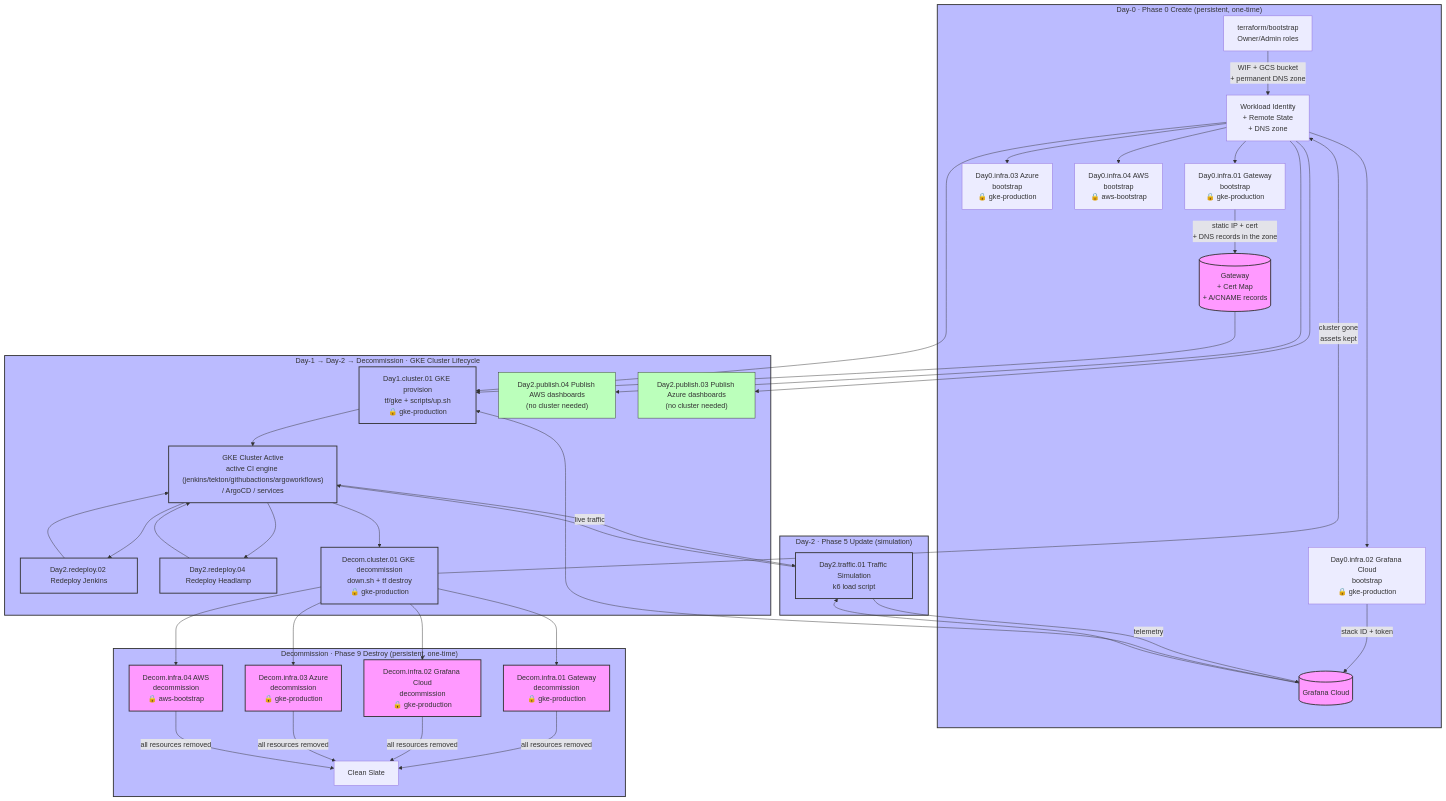
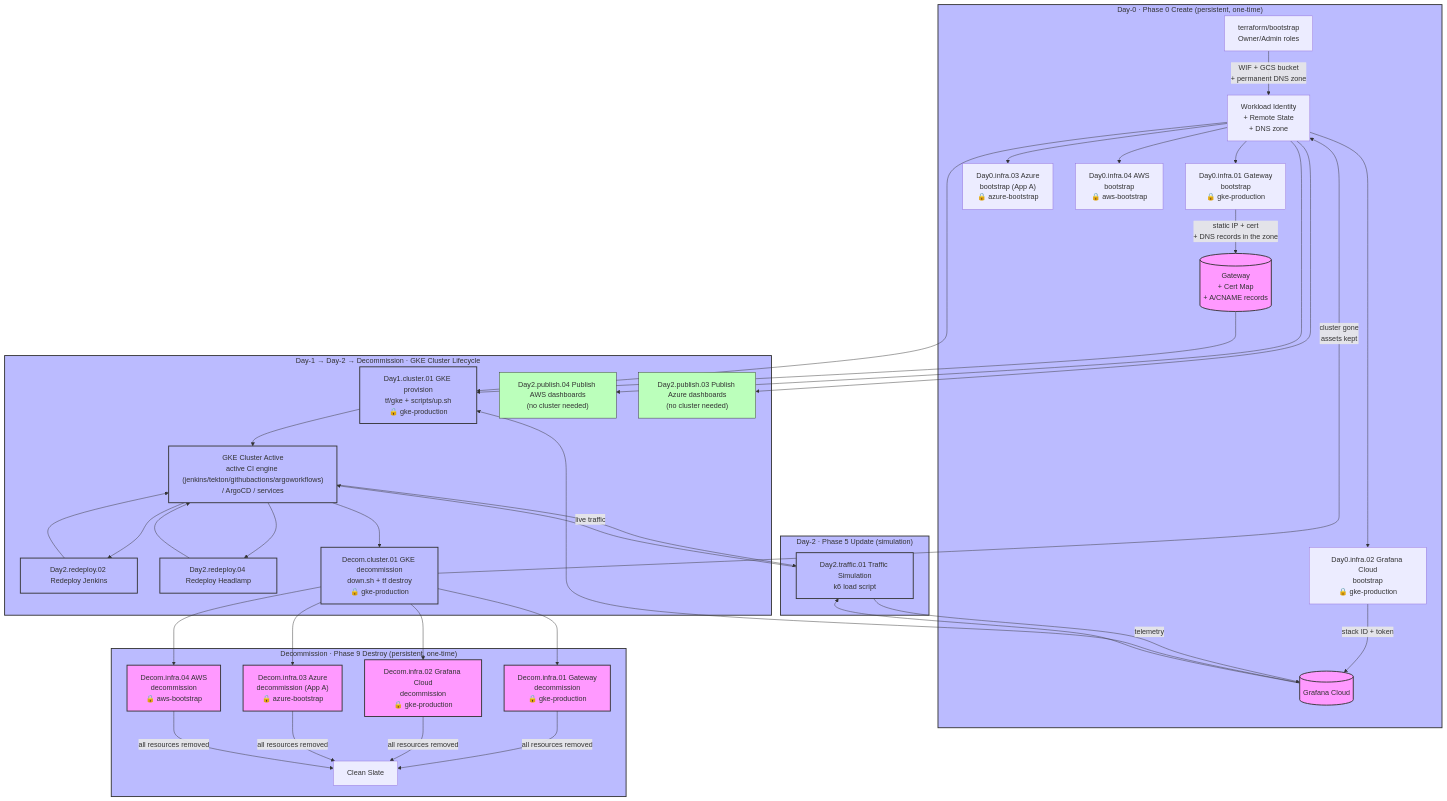
The third of 4 diagrams in docs/102-GITHUB_ACTIONS_AUTOMATION.md (nubenetes/jenkins-2026), drawn with Mermaid before and after one commit. The commit also changed other lines of this file and 11 other files, not shown here.

First line of the commit message:
feat(azure): split the Azure OIDC identity into bootstrap + publish apps (#576)

````diff
--- a/docs/102-GITHUB_ACTIONS_AUTOMATION.md
+++ b/docs/102-GITHUB_ACTIONS_AUTOMATION.md
@@ -128,45 +129,45 @@
 ```mermaid
 graph TD
     subgraph Bootstrapping ["Day-0 · Phase 0 Create (persistent, one-time)"]
         A["terraform/bootstrap<br>Owner/Admin roles"] -->|"WIF + GCS bucket<br>+ permanent DNS zone"| B["Workload Identity<br>+ Remote State<br>+ DNS zone"]
         B --> C["Day0.infra.01 Gateway<br>bootstrap<br>🔒 gke-production"]
         B --> D["Day0.infra.02 Grafana Cloud<br>bootstrap<br>🔒 gke-production"]
-        B --> C2["Day0.infra.03 Azure<br>bootstrap<br>🔒 gke-production"]
+        B --> C2["Day0.infra.03 Azure<br>bootstrap (App A)<br>🔒 azure-bootstrap"]
         B --> C3["Day0.infra.04 AWS<br>bootstrap<br>🔒 aws-bootstrap"]
         C -->|"static IP + cert<br>+ DNS records in the zone"| F[("Gateway<br>+ Cert Map<br>+ A/CNAME records")]
         D -->|"stack ID + token"| E[("Grafana Cloud")]
     end
 
     subgraph GKE_Lifecycle ["Day-1 → Day-2 → Decommission · GKE Cluster Lifecycle"]
         F & E & B --> G["Day1.cluster.01 GKE provision<br>tf/gke + scripts/up.sh<br>🔒 gke-production"]
         G --> H["GKE Cluster Active<br>active CI engine (jenkins/tekton/githubactions/argoworkflows)<br>/ ArgoCD / services"]
         H --> I["Day2.redeploy.02 Redeploy Jenkins"]
         H --> J["Day2.redeploy.04 Redeploy Headlamp"]
         B --> L2["Day2.publish.04 Publish AWS dashboards<br>(no cluster needed)"]
         B --> M2["Day2.publish.03 Publish Azure dashboards<br>(no cluster needed)"]
         I & J --> H
         H --> K["Decom.cluster.01 GKE decommission<br>down.sh + tf destroy<br>🔒 gke-production"]
         K -->|"cluster gone<br>assets kept"| B
     end
 
     subgraph Simulation ["Day-2 · Phase 5 Update (simulation)"]
         H & E --> O["Day2.traffic.01 Traffic Simulation<br>k6 load script"]
         O -->|"live traffic"| H
         O -->|"telemetry"| E
     end
 
     subgraph Persistent_Teardown ["Decommission · Phase 9 Destroy (persistent, one-time)"]
         K --> P1["Decom.infra.01 Gateway<br>decommission<br>🔒 gke-production"]
         K --> P2["Decom.infra.02 Grafana Cloud<br>decommission<br>🔒 gke-production"]
-        K --> P3["Decom.infra.03 Azure<br>decommission<br>🔒 gke-production"]
+        K --> P3["Decom.infra.03 Azure<br>decommission (App A)<br>🔒 azure-bootstrap"]
         K --> P4["Decom.infra.04 AWS<br>decommission<br>🔒 aws-bootstrap"]
         P1 & P2 & P3 & P4 -->|"all resources removed"| N["Clean Slate"]
     end
 
     classDef persistent fill:#f9f,stroke:#333,stroke-width:2px;
     classDef cluster fill:#bbf,stroke:#333,stroke-width:2px;
     classDef update fill:#bfb,stroke:#333,stroke-width:1px;
     class E,F,P1,P2,P3,P4 persistent;
     class G,H,I,J,K,O cluster;
     class L2,M2 update;
 ```
````
